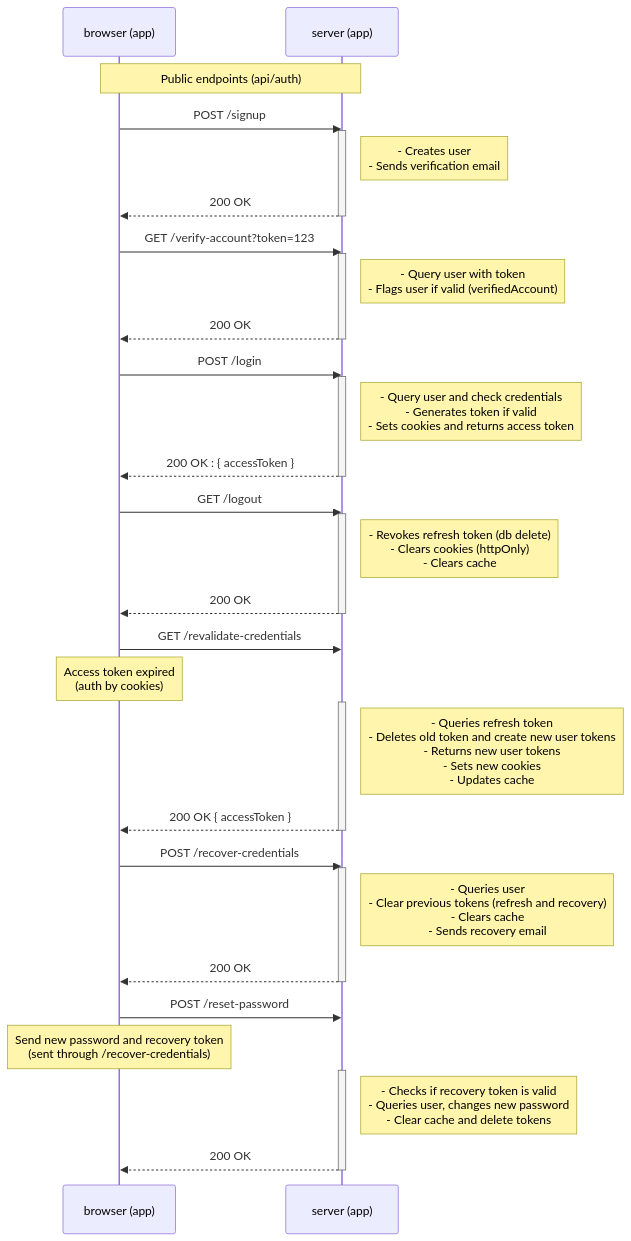
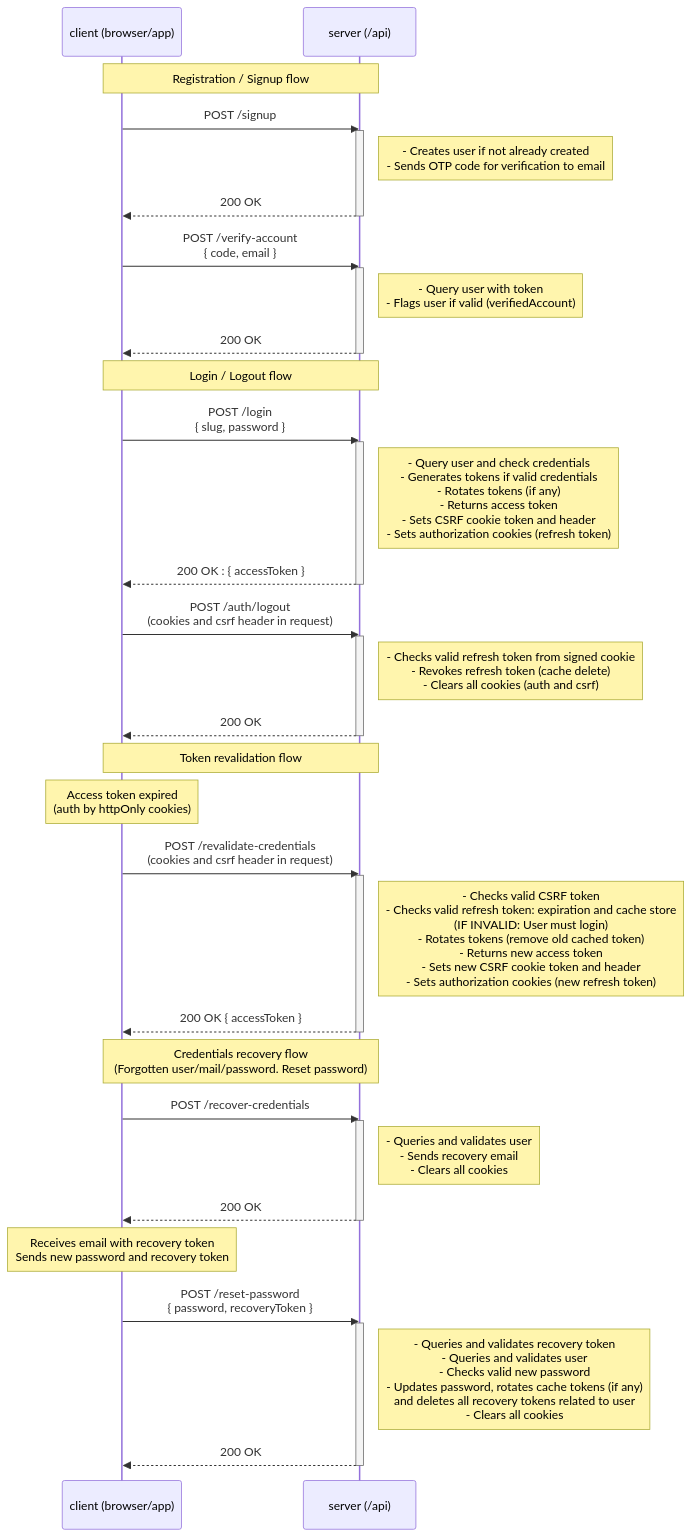
Before and after one commit to mmiglioranza22/nestjs-auth-bootstrap: the diagram in README.md, drawn with Mermaid. The commit also changed other lines of this file, not shown here.

Commit message:
Update auth cycle diagram in readme

````diff
--- a/README.md
+++ b/README.md
@@ -230,53 +241,59 @@
 ```mermaid
 sequenceDiagram
-participant c as browser (app)
-participant s as server (app)
+participant c as client (browser/app)
+participant s as server (/api)
 
-    Note over c,s: Public endpoints (api/auth)
+    Note over c,s: Registration / Signup flow
 	c->>s : POST /signup
     activate s
-	Note right of s: - Creates user<br> - Sends verification email
+	Note right of s: - Creates user if not already created<br> - Sends OTP code for verification to email
     s-->>c : 200 OK
     deactivate s
 
-    c->>s: GET /verify-account?token=123
+    c->>s: POST /verify-account <br> { code, email }
     activate s
     Note right of s: - Query user with token <br> - Flags user if valid (verifiedAccount)
     s-->>c: 200 OK
     deactivate s
 
-    c->>s: POST /login
+  Note over c,s: Login / Logout flow
+
+    c->>s: POST /login <br> { slug, password }
     activate s
-    Note right of s: - Query user and check credentials <br> - Generates token if valid<br> - Sets cookies and returns access token
+    Note right of s: - Query user and check credentials <br> - Generates tokens if valid credentials <br> - Rotates tokens (if any) <br> - Returns access token <br> - Sets CSRF cookie token and header <br> - Sets authorization cookies (refresh token)
     s-->>c: 200 OK : { accessToken }
     deactivate s
 
-    c->>s: GET /logout
+    c->>s: POST /auth/logout <br> (cookies and csrf header in request)
     activate s
-    Note right of s: - Revokes refresh token (db delete) <br> - Clears cookies (httpOnly) <br> - Clears cache
+    Note right of s: - Checks valid refresh token from signed cookie <br> - Revokes refresh token (cache delete) <br> - Clears all cookies (auth and csrf)
     s-->>c: 200 OK
     deactivate s
 
-    c->>s: GET /revalidate-credentials
-    Note over c: Access token expired <br> (auth by cookies)
+  Note over c,s: Token revalidation flow
+
+    Note over c: Access token expired <br> (auth by httpOnly cookies)
+    c->>s: POST /revalidate-credentials <br> (cookies and csrf header in request)
     activate s
-    Note right of s: - Queries refresh token <br> - Deletes old token and create new user tokens <br> - Returns new user tokens <br> - Sets new cookies <br> - Updates cache
+    Note right of s: - Checks valid CSRF token <br> - Checks valid refresh token: expiration and cache store <br> (IF INVALID: User must login) <br> - Rotates tokens (remove old cached token) <br> - Returns new access token <br> - Sets new CSRF cookie token and header <br> - Sets authorization cookies (new refresh token)
     s-->>c: 200 OK { accessToken }
     deactivate s
 
+
+
+  Note over c,s: Credentials recovery flow <br> (Forgotten user/mail/password. Reset password)
+
     c->>s: POST /recover-credentials
     activate s
-    Note right of s: - Queries user <br> - Clear previous tokens (refresh and recovery) <br> - Clears cache <br> - Sends recovery email
+    Note right of s: - Queries and validates user <br> - Sends recovery email <br> - Clears all cookies
     s-->>c: 200 OK
     deactivate s
 
-    c->>s: POST /reset-password
-    Note over c: Send new password and recovery token <br>(sent through /recover-credentials)
+    Note over c: Receives email with recovery token <br> Sends new password and recovery token
+    c->>s: POST /reset-password <br> { password, recoveryToken }
     activate s
-    Note right of s: - Checks if recovery token is valid <br> - Queries user, changes new password <br> - Clear cache and delete tokens
+    Note right of s: - Queries and validates recovery token <br> - Queries and validates user <br> - Checks valid new password <br> - Updates password, rotates cache tokens (if any) <br> and deletes all recovery tokens related to user <br> - Clears all cookies
     s-->>c: 200 OK
     deactivate s
 
-
-	% TODO check if changes (specially cache/token/cookies deletion)
 ```
````
